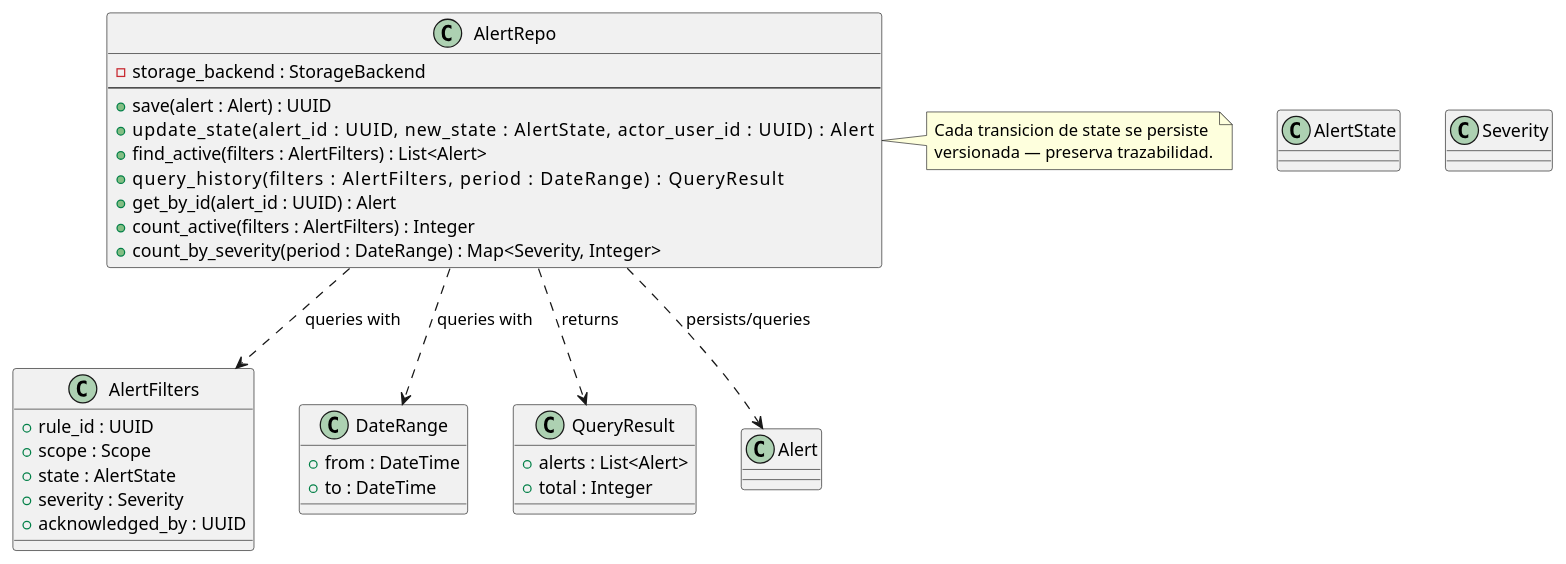
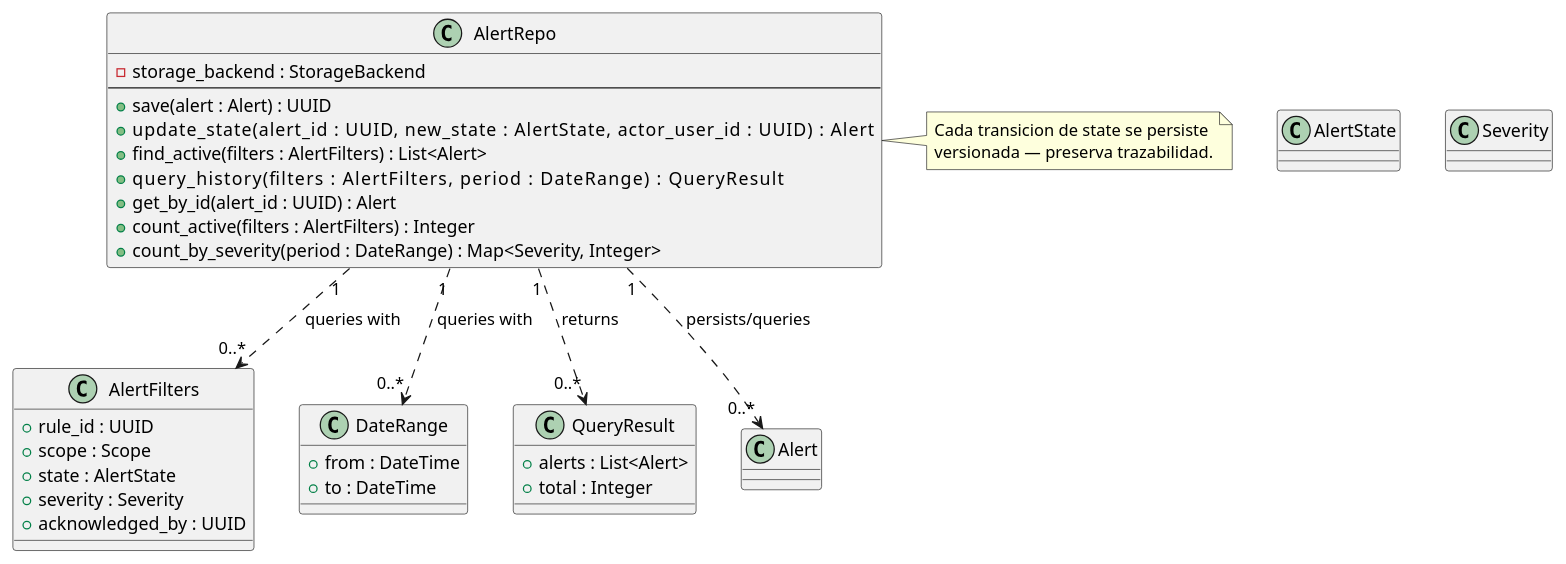
Before and after one commit to jcg-admin/IACT-docs: the diagram in source/arquitectura-tecnica/domain-model/alert-repo.rst, drawn with PlantUML. The commit also changed 44 other files, not shown here.

First line of the commit message:
Apply UML rigor pass batch 3: sweep multiplicities + checklist

```diff
--- a/source/arquitectura-tecnica/domain-model/alert-repo.rst
+++ b/source/arquitectura-tecnica/domain-model/alert-repo.rst
@@ -36,53 +36,53 @@
 .. uml::
  :caption: Clase AlertRepo — persistencia y consulta de
            Alert con state transitions versionadas.
 
  @startuml
 
  class AlertRepo {
    - storage_backend : StorageBackend
    --
    + save(alert : Alert) : UUID
    + update_state(alert_id : UUID, new_state : AlertState, \
                   actor_user_id : UUID) : Alert
    + find_active(filters : AlertFilters) : List<Alert>
    + query_history(filters : AlertFilters, \
                     period : DateRange) : QueryResult
    + get_by_id(alert_id : UUID) : Alert
    + count_active(filters : AlertFilters) : Integer
    + count_by_severity(period : DateRange) : Map<Severity, Integer>
  }
 
  class AlertFilters {
    + rule_id : UUID
    + scope : Scope
    + state : AlertState
    + severity : Severity
    + acknowledged_by : UUID
  }
 
  class DateRange {
    + from : DateTime
    + to : DateTime
  }
 
  class QueryResult {
    + alerts : List<Alert>
    + total : Integer
  }
 
  class Alert
  class AlertState
  class Severity
 
- AlertRepo ..> Alert : persists/queries
- AlertRepo ..> AlertFilters : queries with
- AlertRepo ..> DateRange : queries with
- AlertRepo ..> QueryResult : returns
+ AlertRepo "1" ..> "0..*" Alert : persists/queries
+ AlertRepo "1" ..> "0..*" AlertFilters : queries with
+ AlertRepo "1" ..> "0..*" DateRange : queries with
+ AlertRepo "1" ..> "0..*" QueryResult : returns
 
  note right of AlertRepo
    Cada transicion de state se persiste
    versionada — preserva trazabilidad.
  end note
 
  @enduml
```
